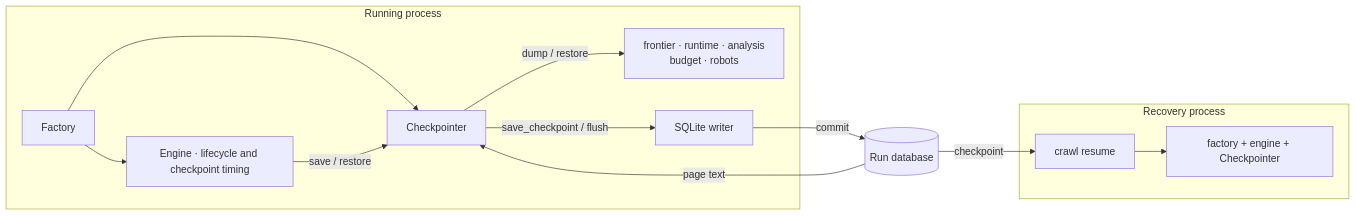
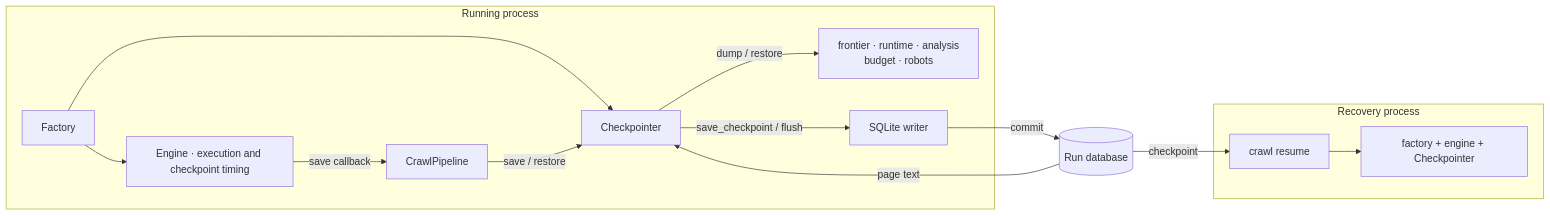
One commit to shixuan/crawl-me-maybe changed the third of 3 diagrams in docs/arch.md. Above: the diagram before and after it, drawn with Mermaid. The commit also changed other lines of this file and 34 other files, not shown here.

Commit message:
refactor: decouple engine from crawl pipelines

````diff
--- a/docs/arch.md
+++ b/docs/arch.md
@@ -431,16 +437,17 @@
 ```mermaid
 flowchart LR
   subgraph Process["Running process"]
     Factory["Factory"] --> Engine
     Factory --> CP["Checkpointer"]
-    Engine["Engine · lifecycle and checkpoint timing"] -->|save / restore| CP
+    Engine["Engine · execution and checkpoint timing"] -->|save callback| Pipeline["CrawlPipeline"]
+    Pipeline -->|save / restore| CP
     CP -->|dump / restore| States["frontier · runtime · analysis<br/>budget · robots"]
     CP -->|save_checkpoint / flush| Writer["SQLite writer"]
   end
   Writer -->|commit| DB[("Run database")]
   DB -->|page text| CP
   subgraph New["Recovery process"]
     Resume["crawl resume"] --> Restored["factory + engine + Checkpointer"]
   end
   DB -->|checkpoint| Resume
 ```
````
